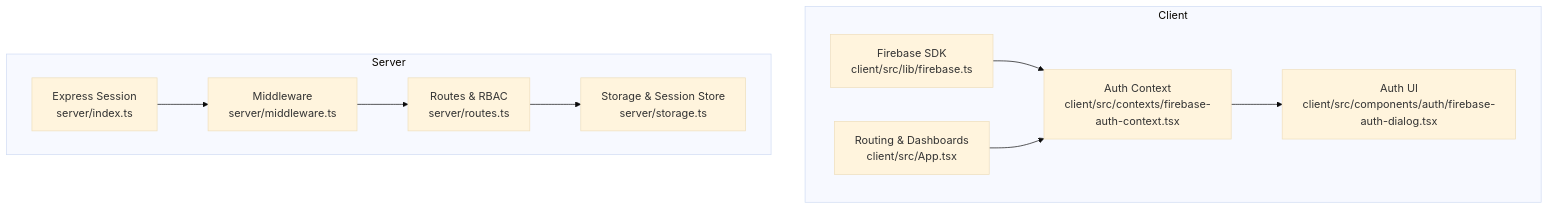
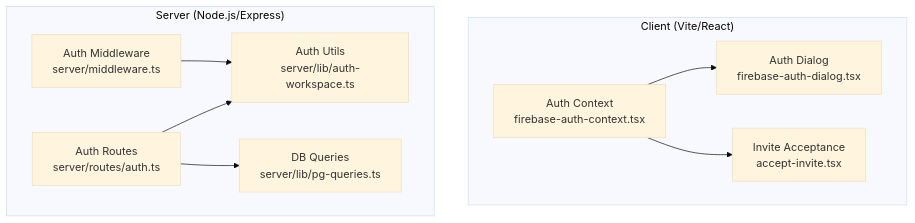
Before and after one commit to nitishssh/Class-mode: the first of 2 diagrams in docs/code-wiki/content/Authentication & Authorization/Authentication & Authorization.md, drawn with Mermaid (base theme). The commit also changed other lines of this file and 13 other files, not shown here.

````diff
--- a/docs/code-wiki/content/Authentication & Authorization/Authentication & Authorization.md
+++ b/docs/code-wiki/content/Authentication & Authorization/Authentication & Authorization.md
@@ -50,21 +45,19 @@
 ```mermaid
 graph TB
-subgraph "Client"
-FB["Firebase SDK<br/>client/src/lib/firebase.ts"]
-Ctx["Auth Context<br/>client/src/contexts/firebase-auth-context.tsx"]
-UI["Auth UI<br/>client/src/components/auth/firebase-auth-dialog.tsx"]
-App["Routing & Dashboards<br/>client/src/App.tsx"]
+subgraph "Client (Vite/React)"
+Ctx["Auth Context<br/>firebase-auth-context.tsx"]
+UI["Auth Dialog<br/>firebase-auth-dialog.tsx"]
+Invite["Invite Acceptance<br/>accept-invite.tsx"]
 end
-subgraph "Server"
-Sess["Express Session<br/>server/index.ts"]
-MW["Middleware<br/>server/middleware.ts"]
-Routes["Routes & RBAC<br/>server/routes.ts"]
-Store["Storage & Session Store<br/>server/storage.ts"]
+subgraph "Server (Node.js/Express)"
+AuthLib["Auth Utils<br/>server/lib/auth-workspace.ts"]
+Routes["Auth Routes<br/>server/routes/auth.ts"]
+MW["Auth Middleware<br/>server/middleware.ts"]
+PG["DB Queries<br/>server/lib/pg-queries.ts"]
 end
-FB --> Ctx
 Ctx --> UI
-App --> Ctx
-Sess --> MW
-MW --> Routes
-Routes --> Store
+Ctx --> Invite
+Routes --> AuthLib
+Routes --> PG
+MW --> AuthLib
 ```
````
